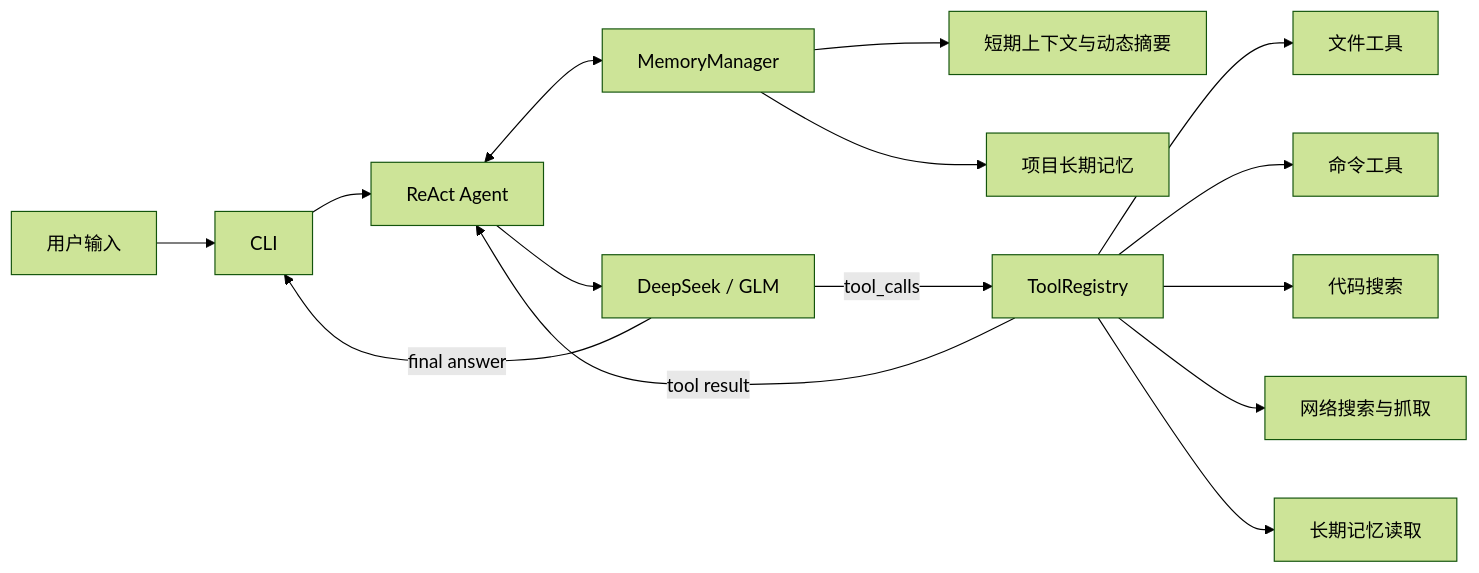
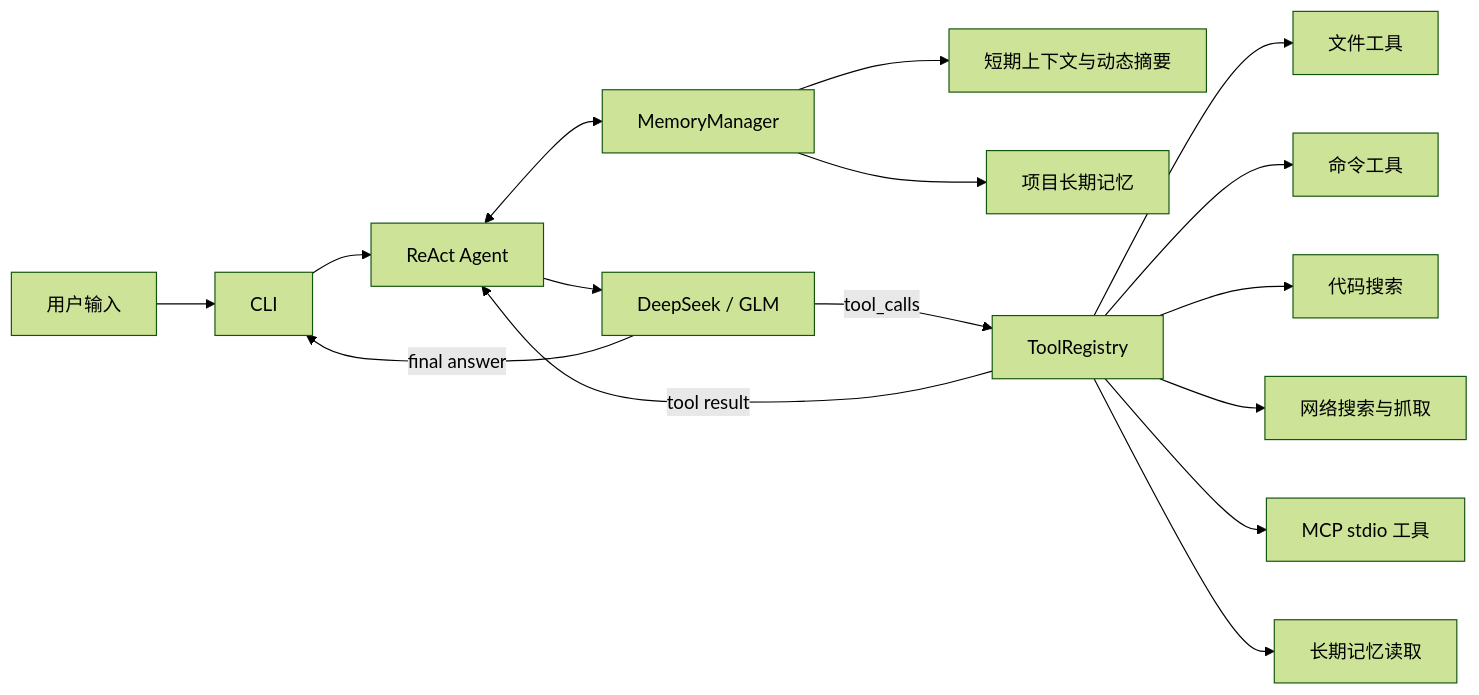
One commit to wyp-aijishu/ICoder changed the diagram in README.md. Above: the diagram before and after it, drawn with Mermaid (forest theme). The commit also changed other lines of this file and 5 other files, not shown here.

````diff
--- a/README.md
+++ b/README.md
@@ -156,17 +159,18 @@
 ```mermaid
 flowchart LR
 	User[用户输入] --> CLI[CLI]
 	CLI --> Agent[ReAct Agent]
 	Agent <--> Memory[MemoryManager]
 	Memory --> Short[短期上下文与动态摘要]
 	Memory --> Long[项目长期记忆]
 	Agent --> LLM[DeepSeek / GLM]
 	LLM -->|tool_calls| Registry[ToolRegistry]
 	Registry --> File[文件工具]
 	Registry --> Command[命令工具]
 	Registry --> Search[代码搜索]
 	Registry --> Web[网络搜索与抓取]
+	Registry --> Mcp[MCP stdio 工具]
 	Registry --> ReadMemory[长期记忆读取]
 	Registry -->|tool result| Agent
 	LLM -->|final answer| CLI
 ```
````
